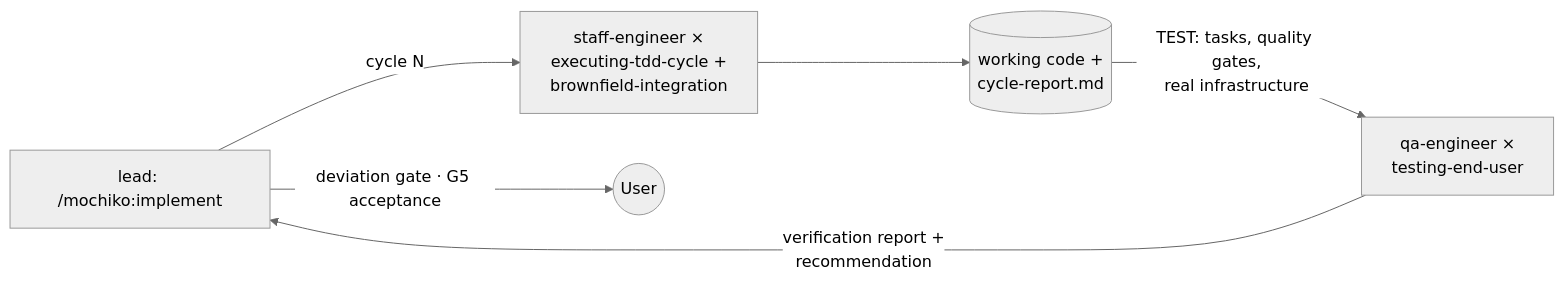
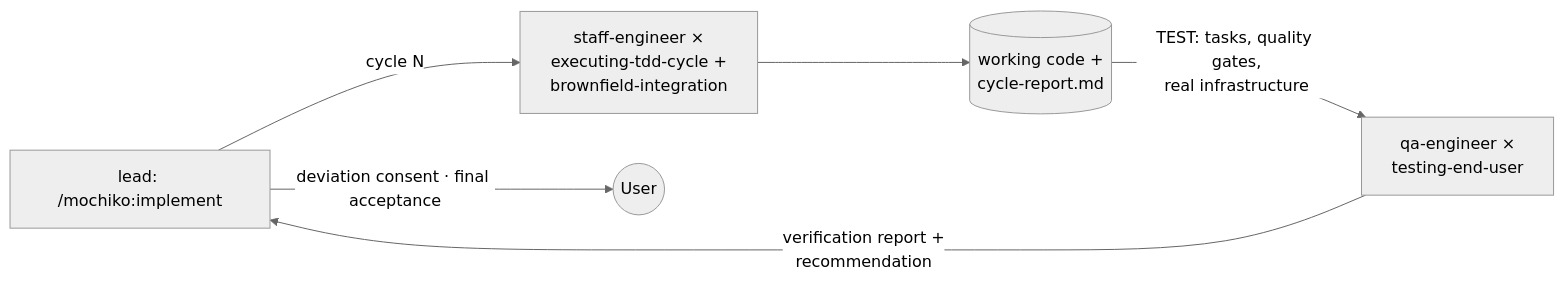
The eighth of 8 diagrams in ARCHITECTURE.md (humaninloop-dev/mochiko), drawn with Mermaid (neutral theme) before and after one commit. The commit also changed other lines of this file and 25 other files, not shown here.

````diff
--- a/ARCHITECTURE.md
+++ b/ARCHITECTURE.md
@@ -259,11 +260,11 @@
 ```mermaid
 flowchart LR
   lead["lead: /mochiko:implement"]
   se["staff-engineer ×<br/>executing-tdd-cycle +<br/>brownfield-integration"]
   qa["qa-engineer ×<br/>testing-end-user"]
   lead -->|"cycle N"| se
   se --> code[("working code +<br/>cycle-report.md")]
   code -->|"TEST: tasks, quality gates,<br/>real infrastructure"| qa
   qa -->|"verification report +<br/>recommendation"| lead
-  lead -->|"deviation gate · G5 acceptance"| user(("User"))
+  lead -->|"deviation consent · final acceptance"| user(("User"))
 ```
````
